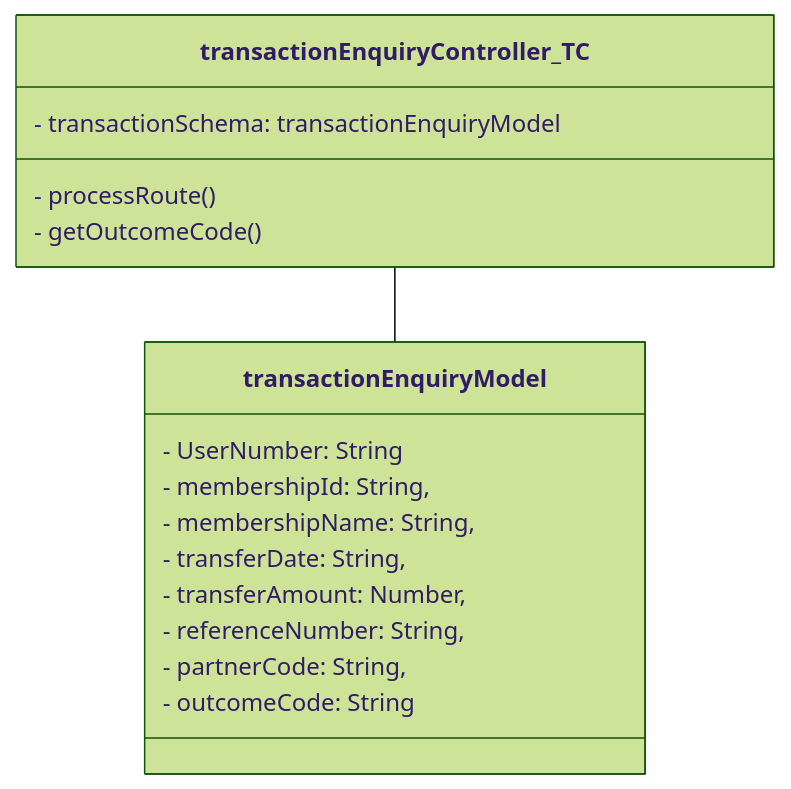
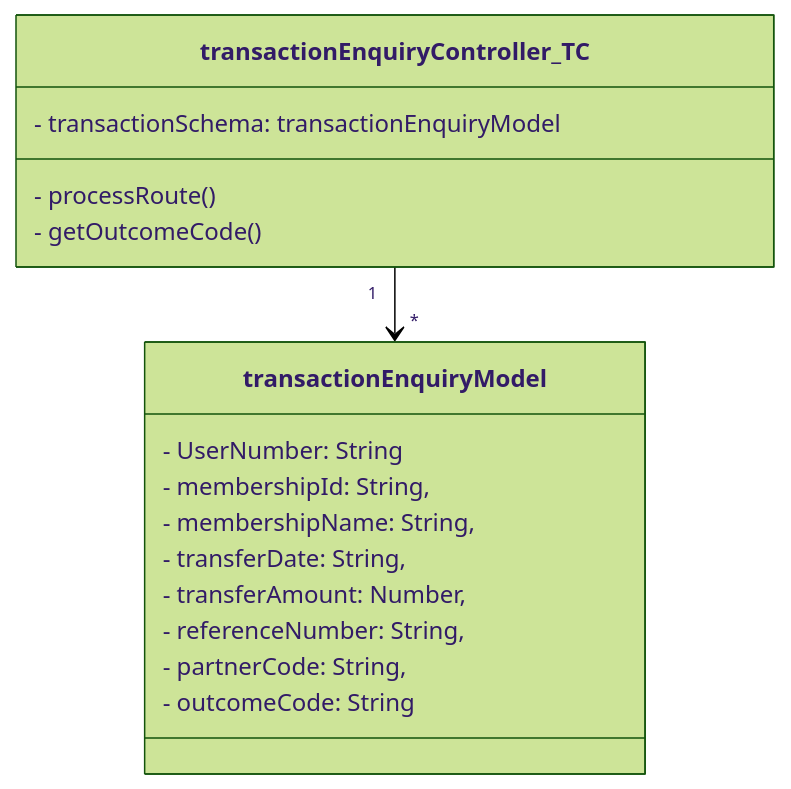
Before and after one commit to Sean2309/SoftwareConstructProject: the third of 4 diagrams in UML Diagrams.md, drawn with Mermaid (forest theme). The commit also changed other lines of this file, not shown here.

Commit message:
updated transactionEnquiry diagrams

````diff
--- a/UML Diagrams.md
+++ b/UML Diagrams.md
@@ -47,23 +47,23 @@
 ```mermaid
 classDiagram
 class transactionEnquiryController_TC
-transactionEnquiryController_TC -- transactionEnquiryModel
+transactionEnquiryController_TC"1" -->"*"transactionEnquiryModel
 
 
 class transactionEnquiryController_TC{
     - transactionSchema: transactionEnquiryModel
     - processRoute()
     - getOutcomeCode()
 }
 
 class transactionEnquiryModel{
     - UserNumber: String
     - membershipId: String,
     - membershipName: String,
     - transferDate: String,
     - transferAmount: Number,
     - referenceNumber: String,
     - partnerCode: String,
     - outcomeCode: String
 }
 ```
````
